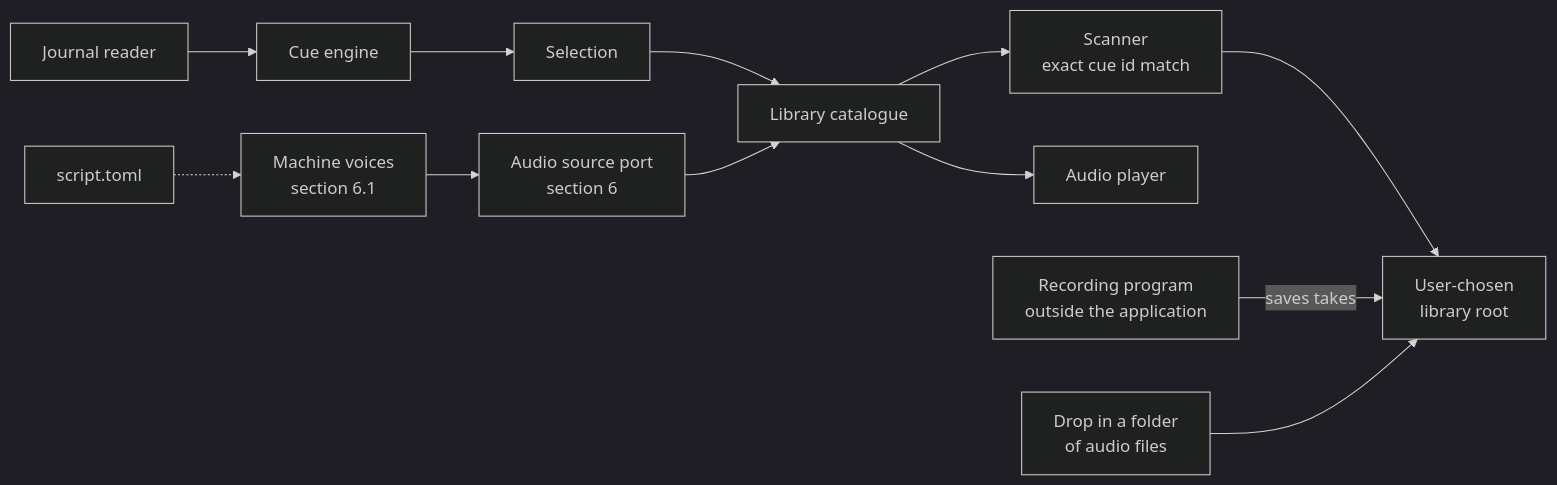
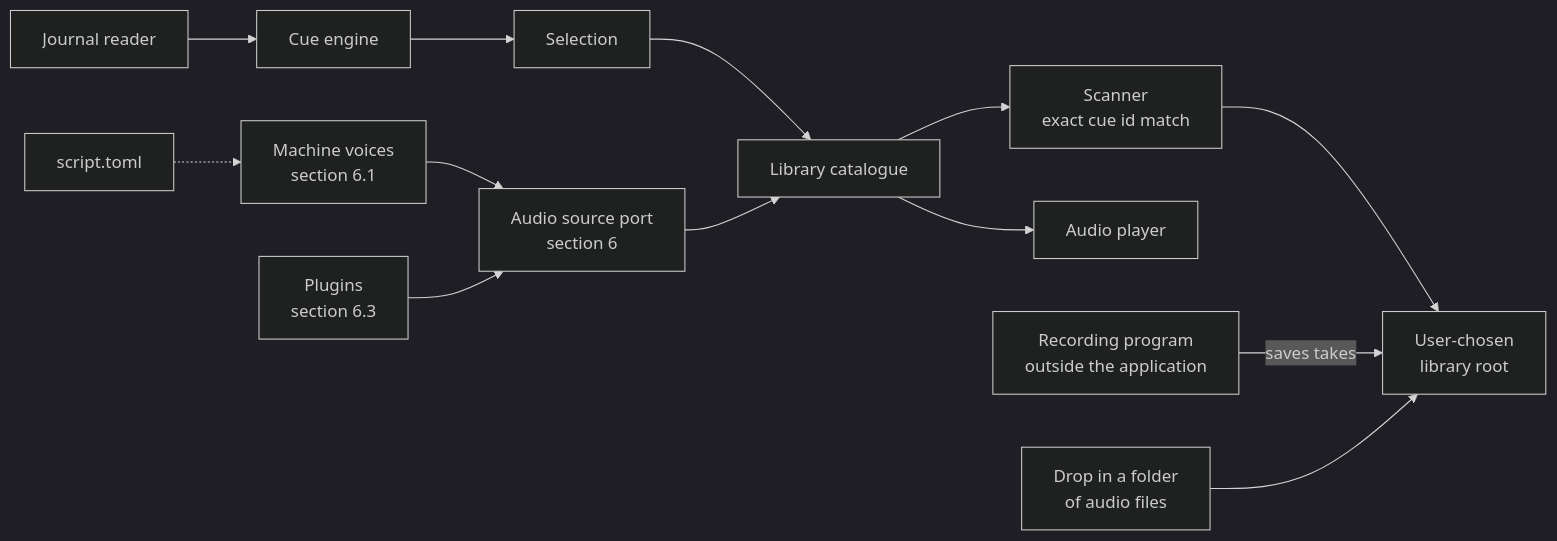
One commit to oernster/BridgeTalk changed the diagram in REQUIREMENTS.md. Above: the diagram before and after it, drawn with Mermaid (dark theme). The commit also changed other lines of this file and 5 other files, not shown here.

````diff
--- a/REQUIREMENTS.md
+++ b/REQUIREMENTS.md
@@ -122,14 +123,15 @@
 ```mermaid
 graph LR
   J[Journal reader] --> CE[Cue engine]
   CE --> SEL[Selection]
   SEL --> CAT[Library catalogue]
   CAT --> SCAN["Scanner<br/>exact cue id match"]
   SCAN --> ROOT["User-chosen<br/>library root"]
   CAT --> PLAY[Audio player]
   REC["Recording program<br/>outside the application"] -->|saves takes| ROOT
   DROP["Drop in a folder<br/>of audio files"] --> ROOT
   PORT["Audio source port<br/>section 6"] --> CAT
   MV["Machine voices<br/>section 6.1"] --> PORT
+  PLUG["Plugins<br/>section 6.3"] --> PORT
   SCRIPT["script.toml"] -.-> MV
 ```
````
